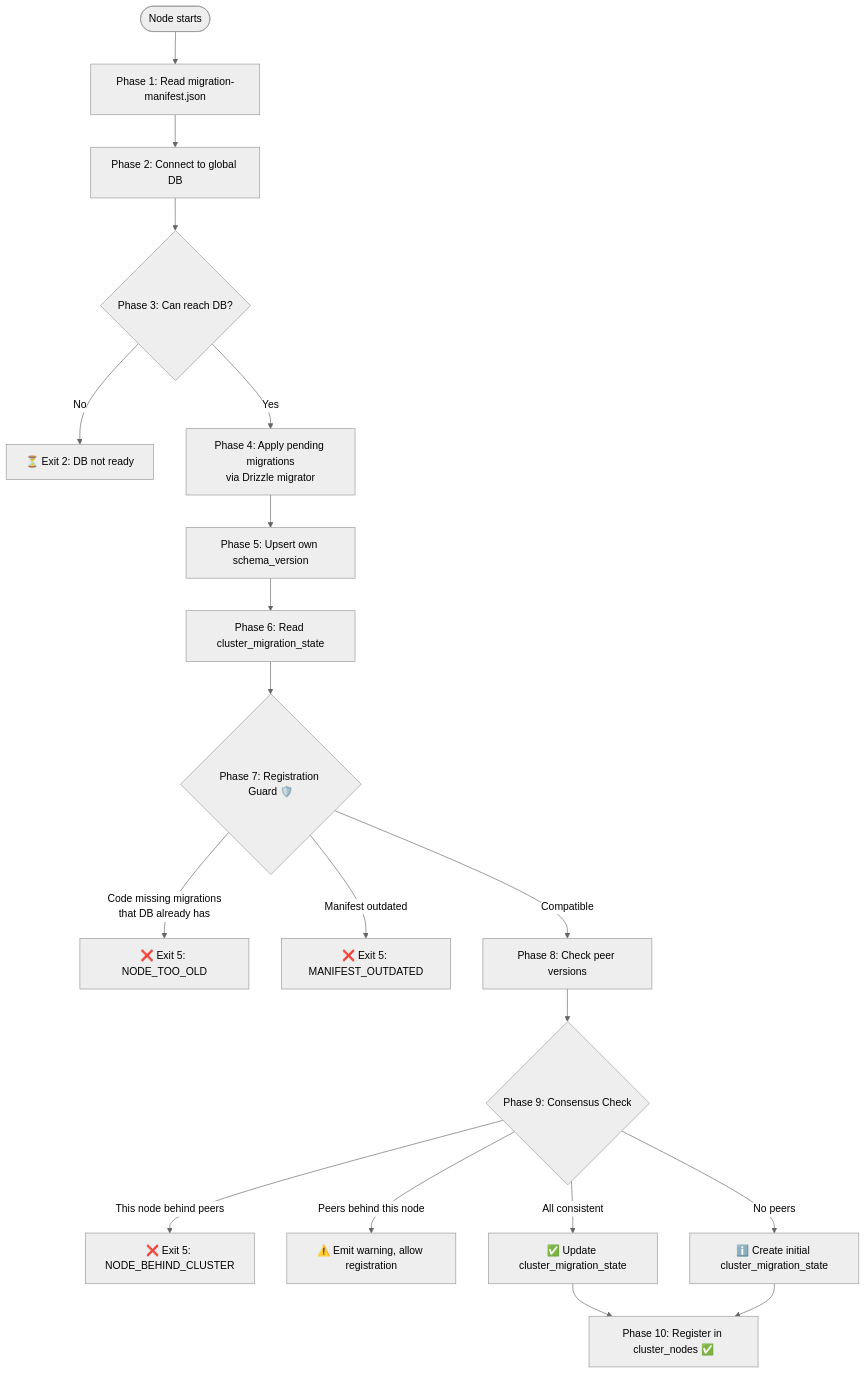
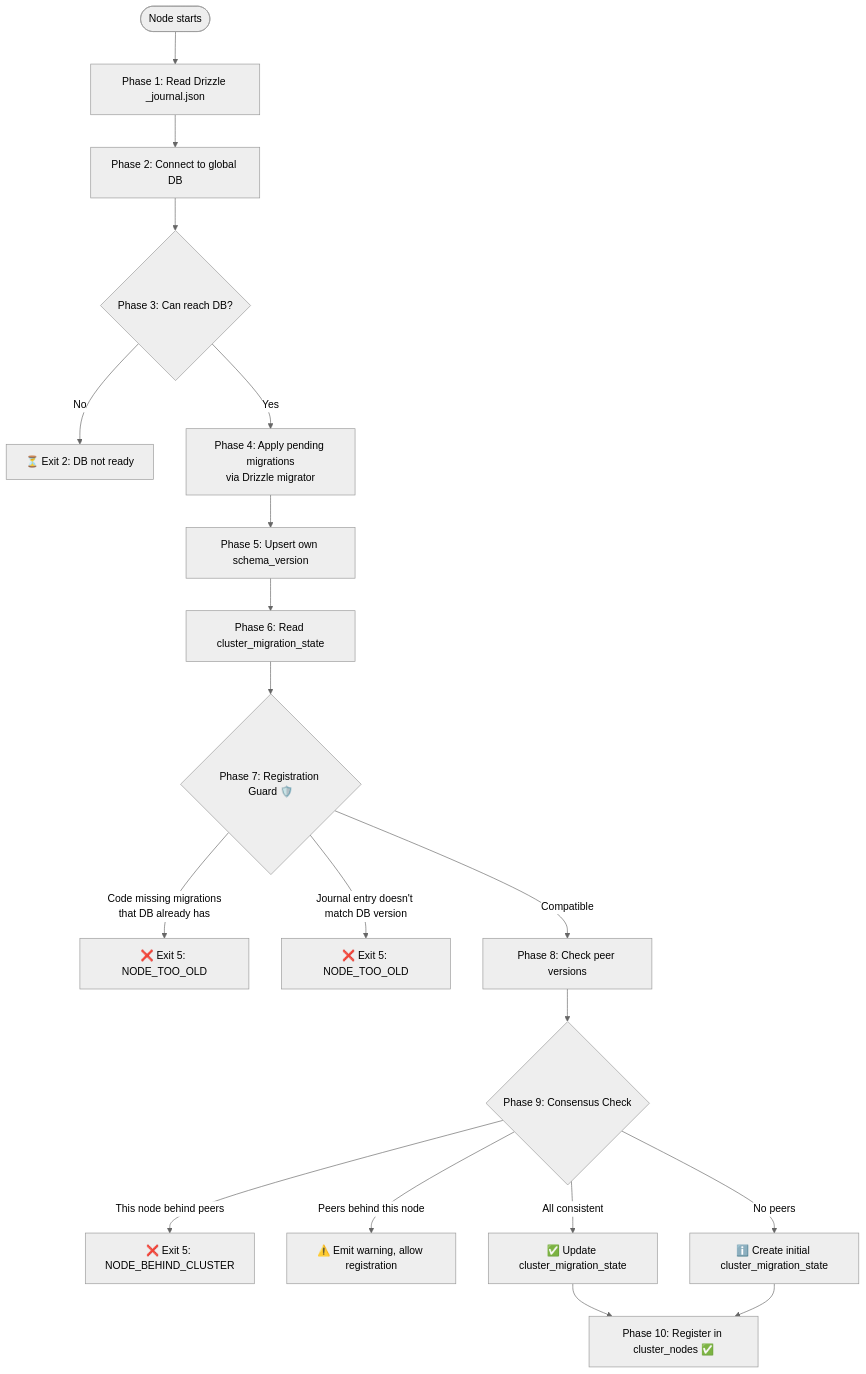
Before and after one commit to N0SAFE/deployer: the third of 6 diagrams in apps/doc/content/docs/dev/global-db-migration-management.mdx, drawn with Mermaid (neutral theme). The commit also changed other lines of this file and 2 other files, not shown here.

````diff
--- a/apps/doc/content/docs/dev/global-db-migration-management.mdx
+++ b/apps/doc/content/docs/dev/global-db-migration-management.mdx
@@ -447,25 +447,25 @@
 ```mermaid
 flowchart TD
-    START([Node starts]) --> A[Phase 1: Read migration-manifest.json]
+    START([Node starts]) --> A[Phase 1: Read Drizzle _journal.json]
     A --> B[Phase 2: Connect to global DB]
     B --> C{Phase 3: Can reach DB?}
     C -->|No| C1[⏳ Exit 2: DB not ready]
     C -->|Yes| D[Phase 4: Apply pending migrations<br/>via Drizzle migrator]
 
     D --> E[Phase 5: Upsert own schema_version]
     E --> F[Phase 6: Read cluster_migration_state]
 
     F --> G{Phase 7: Registration Guard 🛡️}
     G -->|Code missing migrations<br/>that DB already has| G1[❌ Exit 5: NODE_TOO_OLD]
-    G -->|Manifest outdated| G2[❌ Exit 5: MANIFEST_OUTDATED]
+    G -->|Journal entry doesn't match DB version| G2[❌ Exit 5: NODE_TOO_OLD]
     G -->|Compatible| H[Phase 8: Check peer versions]
 
     H --> I{Phase 9: Consensus Check}
     I -->|This node behind peers| I1[❌ Exit 5: NODE_BEHIND_CLUSTER]
     I -->|Peers behind this node| I2[⚠️ Emit warning, allow registration]
     I -->|All consistent| I3[✅ Update cluster_migration_state]
     I -->|No peers| I4[ℹ️ Create initial cluster_migration_state]
 
     I3 --> J[Phase 10: Register in cluster_nodes ✅]
     I4 --> J
 ```
````
